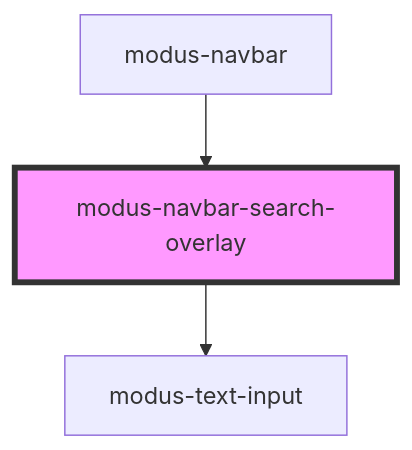
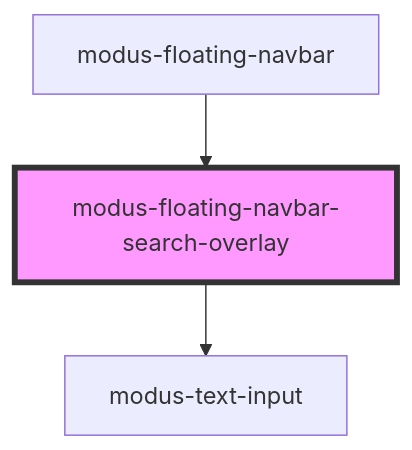
Before and after one commit to trimble-oss/modus-web-components: the diagram in stencil-workspace/src/components/modus-floating-navbar/search-overlay/readme.md, drawn with Mermaid. The commit also changed other lines of this file and 48 other files, not shown here.

Commit message:
Modified floating navbar component

````diff
--- a/stencil-workspace/src/components/modus-floating-navbar/search-overlay/readme.md
+++ b/stencil-workspace/src/components/modus-floating-navbar/search-overlay/readme.md
@@ -27,6 +27,6 @@
 ```mermaid
 graph TD;
-  modus-navbar-search-overlay --> modus-text-input
-  modus-navbar --> modus-navbar-search-overlay
-  style modus-navbar-search-overlay fill:#f9f,stroke:#333,stroke-width:4px
+  modus-floating-navbar-search-overlay --> modus-text-input
+  modus-floating-navbar --> modus-floating-navbar-search-overlay
+  style modus-floating-navbar-search-overlay fill:#f9f,stroke:#333,stroke-width:4px
 ```
````
